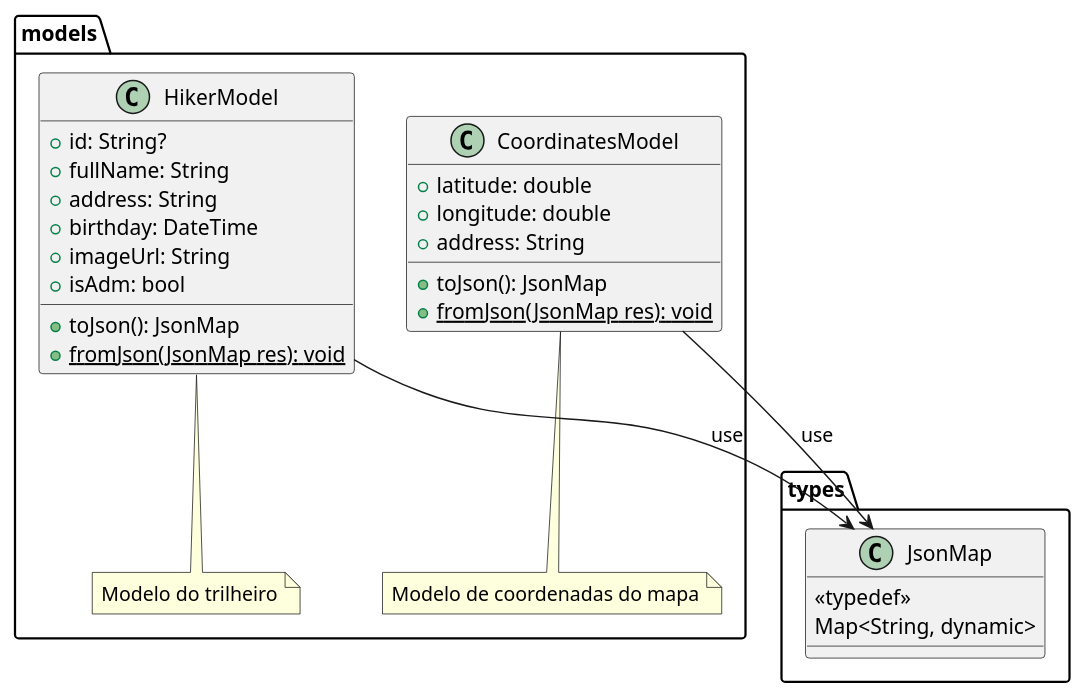
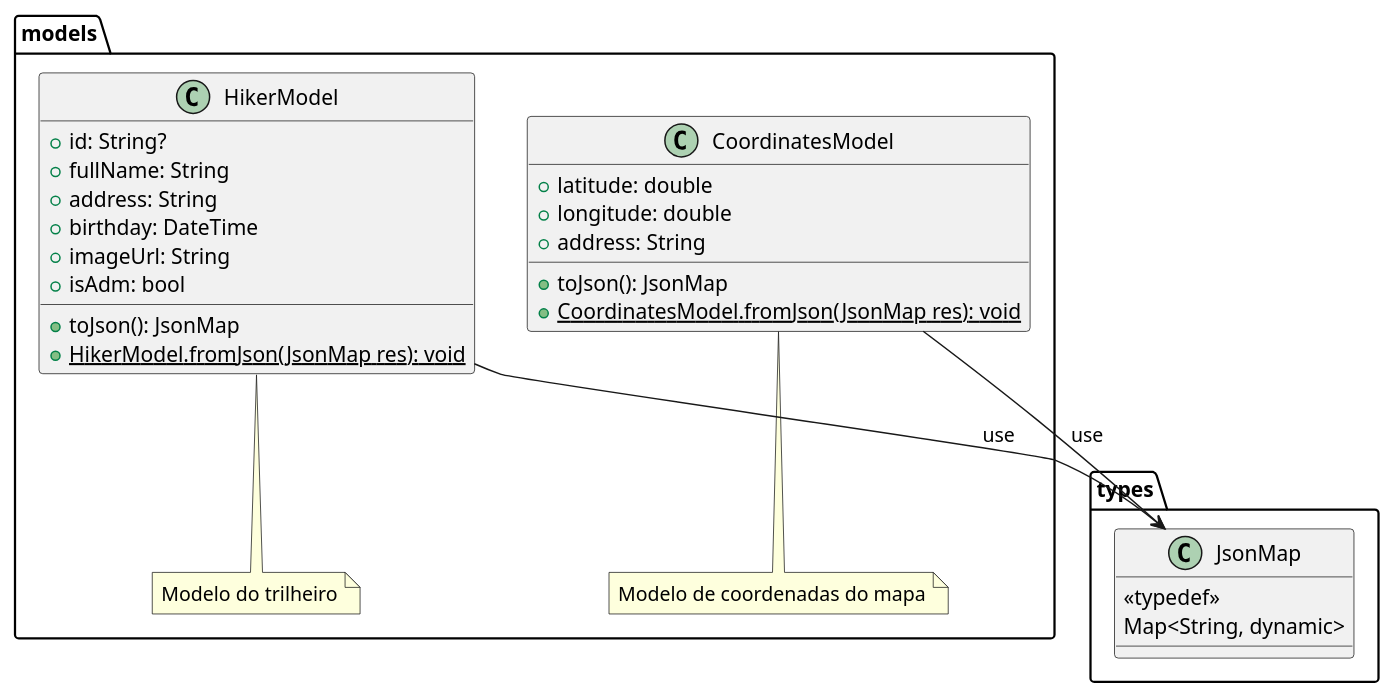
The diagram in docs/diagrams/src/class_diagrams/pe_na_pedra_class_diagram_1.plantuml (tiagors09/pe_na_pedra), drawn with PlantUML before and after one commit.

Commit message:
docs: :memo: refactores class diagram 1

```diff
--- a/docs/diagrams/src/class_diagrams/pe_na_pedra_class_diagram_1.plantuml
+++ b/docs/diagrams/src/class_diagrams/pe_na_pedra_class_diagram_1.plantuml
@@ -1,38 +1,38 @@
 @startuml pe_na_pedra_class_diagram_1
 package types {
   class JsonMap {
     <<typedef>>
     Map<String, dynamic>
   }
 }
 
 package models {
   note "Modelo do trilheiro" as N1
   note "Modelo de coordenadas do mapa" as N2
 
   class HikerModel {
     + id: String?
     + fullName: String
     + address: String
     + birthday: DateTime
     + imageUrl: String
     + isAdm: bool
     + toJson(): JsonMap
-    + {static} fromJson(JsonMap res): void
+    + {static} HikerModel.fromJson(JsonMap res): void
   }
 
   class CoordinatesModel {
     + latitude: double
     + longitude: double
     + address: String
     + toJson(): JsonMap
-    + {static} fromJson(JsonMap res): void
+    + {static} CoordinatesModel.fromJson(JsonMap res): void
   }
 
   HikerModel .. N1
   CoordinatesModel .. N2
 
   HikerModel --> JsonMap : use
   CoordinatesModel --> JsonMap : use
 }
 @enduml
```
